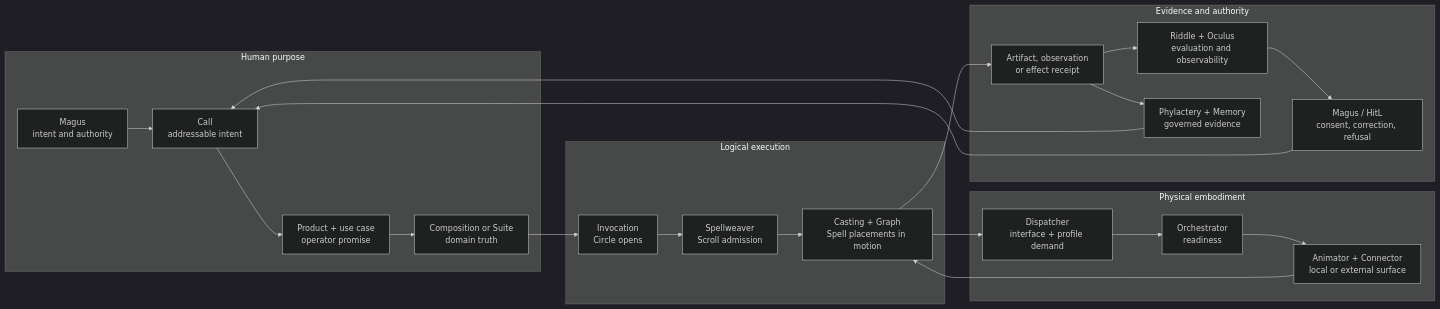
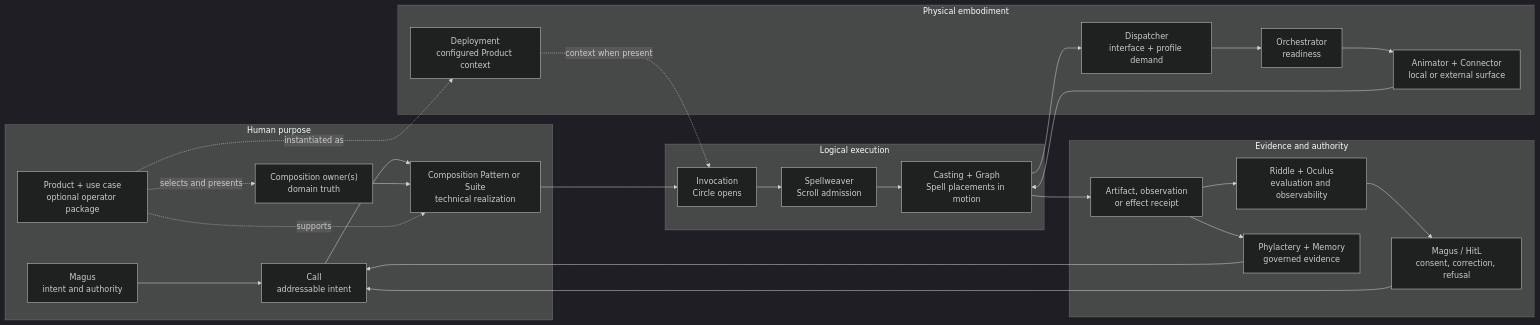
Before and after one commit to hexanomicon/lychd: the diagram in docs/map.md, drawn with Mermaid (dark theme). The commit also changed other lines of this file and 437 other files, not shown here.

````diff
--- a/docs/map.md
+++ b/docs/map.md
@@ -15,27 +27,31 @@
 ```mermaid
 flowchart LR
     subgraph U["Human purpose"]
         M["Magus<br/>intent and authority"] --> C["Call<br/>addressable intent"]
-        C --> PR["Product + use case<br/>operator promise"]
-        PR --> A["Composition or Suite<br/>domain truth"]
+        C --> T["Composition Pattern or Suite<br/>technical realization"]
+        CO["Composition owner(s)<br/>domain truth"] --> T
+        PR["Product + use case<br/>optional operator package"] -. "selects and presents" .-> CO
+        PR -. "supports" .-> T
     end
     subgraph L["Logical execution"]
-        A --> I["Invocation<br/>Circle opens"]
+        T --> I["Invocation<br/>Circle opens"]
         I --> W["Spellweaver<br/>Scroll admission"]
         W --> G["Casting + Graph<br/>Spell placements in motion"]
     end
     subgraph P["Physical embodiment"]
+        PR -. "instantiated as" .-> DP["Deployment<br/>configured Product context"]
+        DP -. "context when present" .-> I
         G --> D["Dispatcher<br/>interface + profile demand"]
         D --> O["Orchestrator<br/>readiness"]
         O --> N["Animator + Connector<br/>local or external surface"]
         N --> G
     end
     subgraph E["Evidence and authority"]
         G --> R["Artifact, observation<br/>or effect receipt"]
         R --> V["Riddle + Oculus<br/>evaluation and observability"]
         V --> H["Magus / HitL<br/>consent, correction, refusal"]
         R --> K["Phylactery + Memory<br/>governed evidence"]
         H --> C
         K --> C
     end
 ```
````
